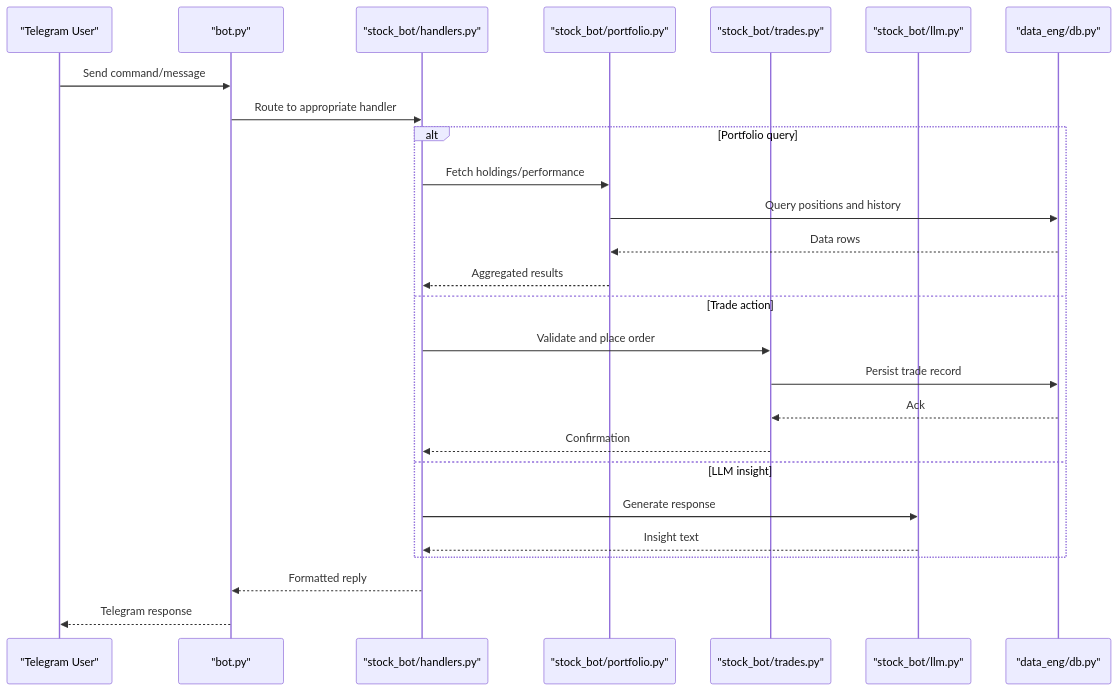
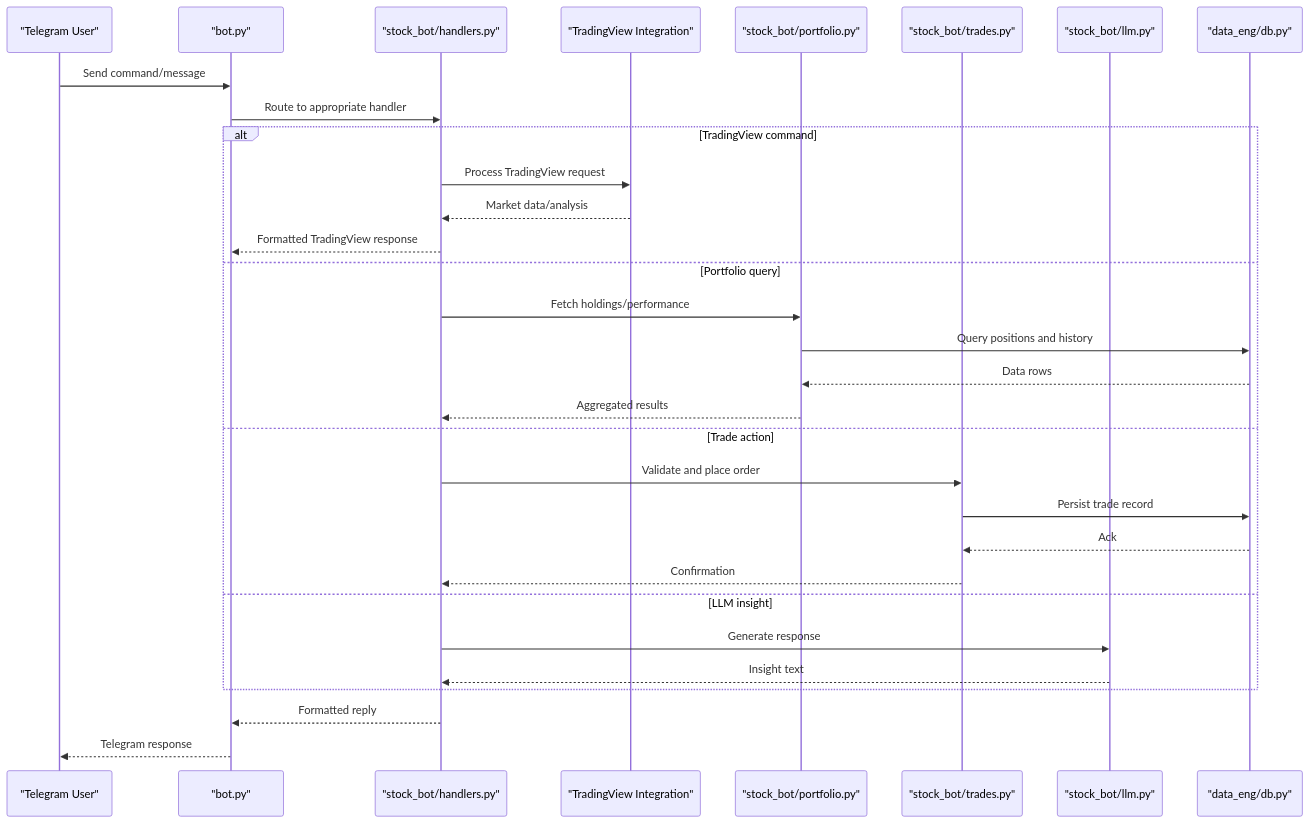
Before and after one commit to ZengSeng/telegram-bot: the second of 4 diagrams in .qoder/repowiki/en/content/Core Components/Stock Trading Bot.md, drawn with Mermaid. The commit also changed other lines of this file and 24 other files, not shown here.

````diff
--- a/.qoder/repowiki/en/content/Core Components/Stock Trading Bot.md
+++ b/.qoder/repowiki/en/content/Core Components/Stock Trading Bot.md
@@ -141,28 +155,33 @@
 ```mermaid
 sequenceDiagram
 participant User as "Telegram User"
 participant Bot as "bot.py"
 participant Handlers as "stock_bot/handlers.py"
+participant TradingView as "TradingView Integration"
 participant Portfolio as "stock_bot/portfolio.py"
 participant Trades as "stock_bot/trades.py"
 participant LLM as "stock_bot/llm.py"
 participant DB as "data_eng/db.py"
 User->>Bot : Send command/message
 Bot->>Handlers : Route to appropriate handler
-alt Portfolio query
+alt TradingView command
+Handlers->>TradingView : Process TradingView request
+TradingView-->>Handlers : Market data/analysis
+Handlers-->>Bot : Formatted TradingView response
+else Portfolio query
 Handlers->>Portfolio : Fetch holdings/performance
 Portfolio->>DB : Query positions and history
 DB-->>Portfolio : Data rows
 Portfolio-->>Handlers : Aggregated results
 else Trade action
 Handlers->>Trades : Validate and place order
 Trades->>DB : Persist trade record
 DB-->>Trades : Ack
 Trades-->>Handlers : Confirmation
 else LLM insight
 Handlers->>LLM : Generate response
 LLM-->>Handlers : Insight text
 end
 Handlers-->>Bot : Formatted reply
 Bot-->>User : Telegram response
 ```
````
